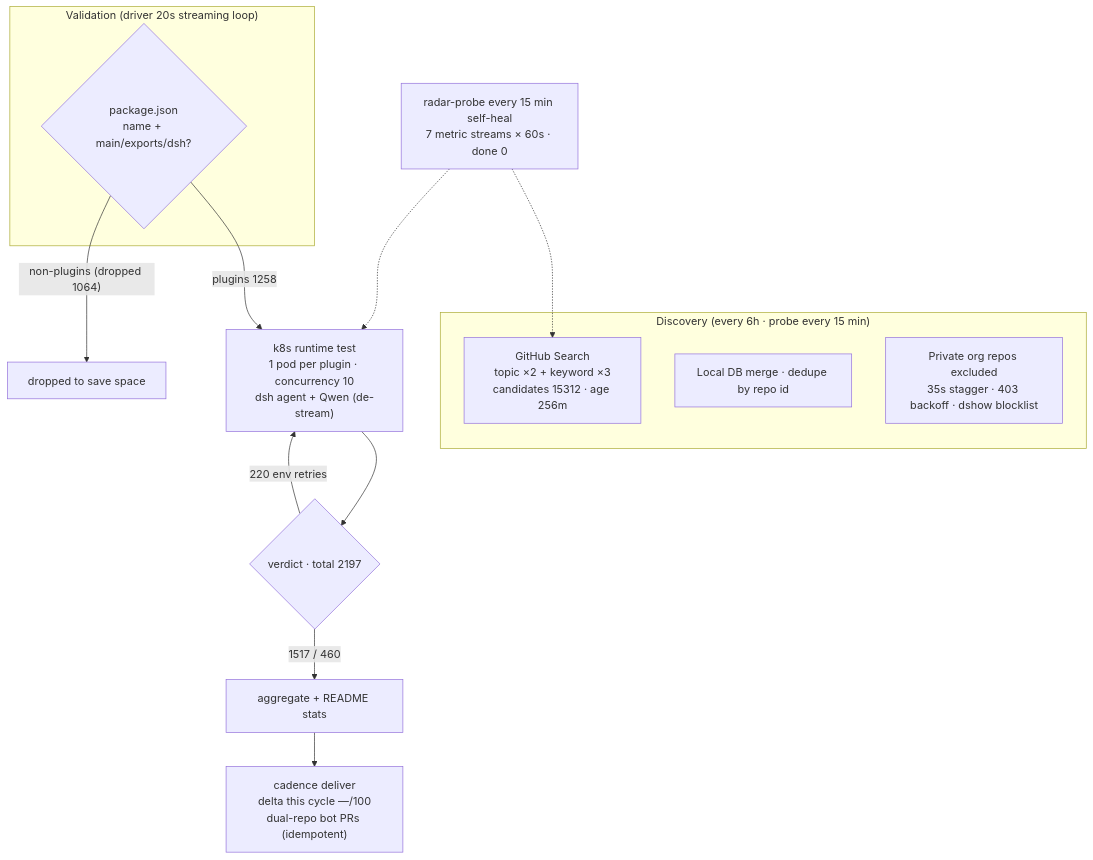
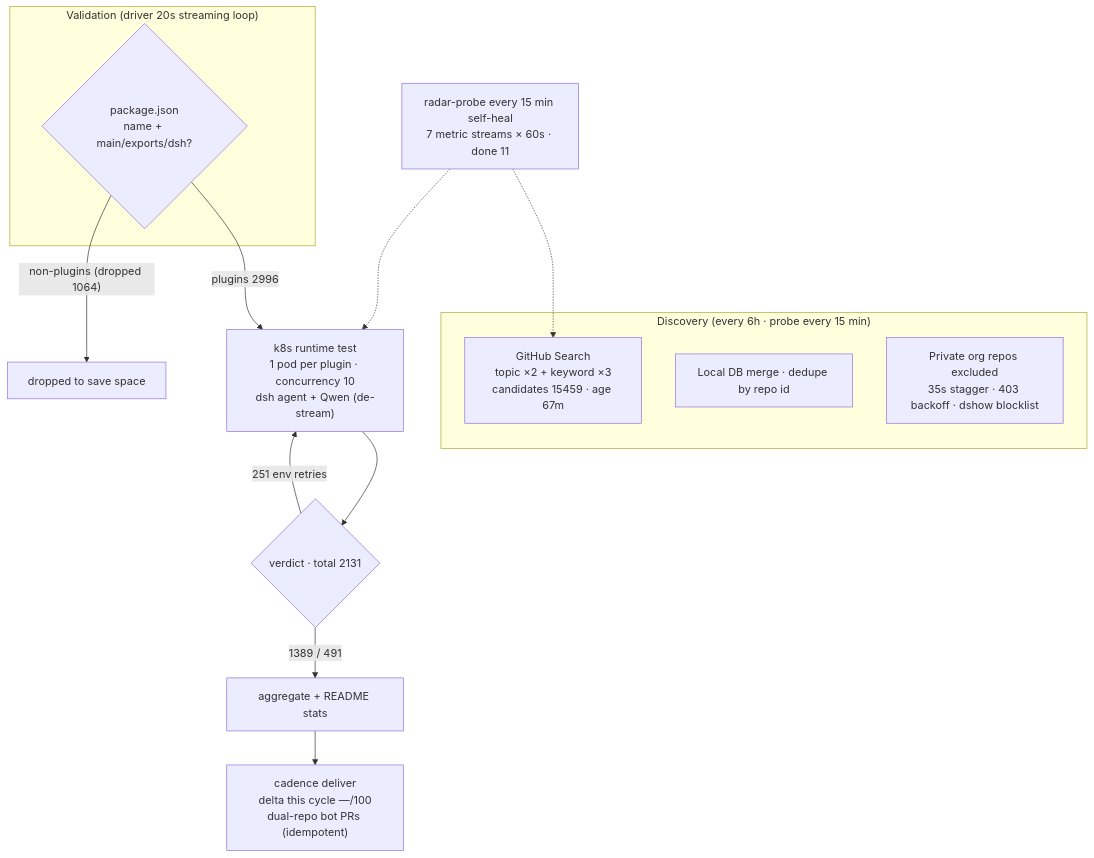
One commit to Zhidao-Lab-OSS/awesome-dsh-plugins changed the diagram in README.en-US.md. Above: the diagram before and after it, drawn with Mermaid. The commit also changed other lines of this file and 1 other file, not shown here.

````diff
--- a/README.en-US.md
+++ b/README.en-US.md
@@ -30,20 +30,20 @@
 ```mermaid
 flowchart TB
     subgraph Discovery["Discovery (every 6h · probe every 15 min)"]
-        A1["GitHub Search<br/>topic ×2 + keyword ×3<br/>candidates 15312 · age 256m"]
+        A1["GitHub Search<br/>topic ×2 + keyword ×3<br/>candidates 15459 · age 67m"]
         A2["Local DB merge · dedupe by repo id"]
         A3["Private org repos excluded<br/>35s stagger · 403 backoff · dshow blocklist"]
     end
     subgraph Validation["Validation (driver 20s streaming loop)"]
         B1{"package.json<br/>name + main/exports/dsh?"}
     end
-    B1 -->|"plugins 1258"| C1["k8s runtime test<br/>1 pod per plugin · concurrency 10<br/>dsh agent + Qwen (de-stream)"]
+    B1 -->|"plugins 2996"| C1["k8s runtime test<br/>1 pod per plugin · concurrency 10<br/>dsh agent + Qwen (de-stream)"]
     B1 -->|"non-plugins (dropped 1064)"| B3["dropped to save space"]
-    C1 --> D1{"verdict · total 2197"}
-    D1 -->|"1517 / 460"| E1["aggregate + README stats"]
-    D1 -->|"220 env retries"| C1
+    C1 --> D1{"verdict · total 2131"}
+    D1 -->|"1389 / 491"| E1["aggregate + README stats"]
+    D1 -->|"251 env retries"| C1
     E1 --> E2["cadence deliver<br/>delta this cycle —/100<br/>dual-repo bot PRs (idempotent)"]
-    M["radar-probe every 15 min self-heal<br/>7 metric streams × 60s · done 0"]
+    M["radar-probe every 15 min self-heal<br/>7 metric streams × 60s · done 11"]
     M -.-> A1
     M -.-> C1
 ```
````
